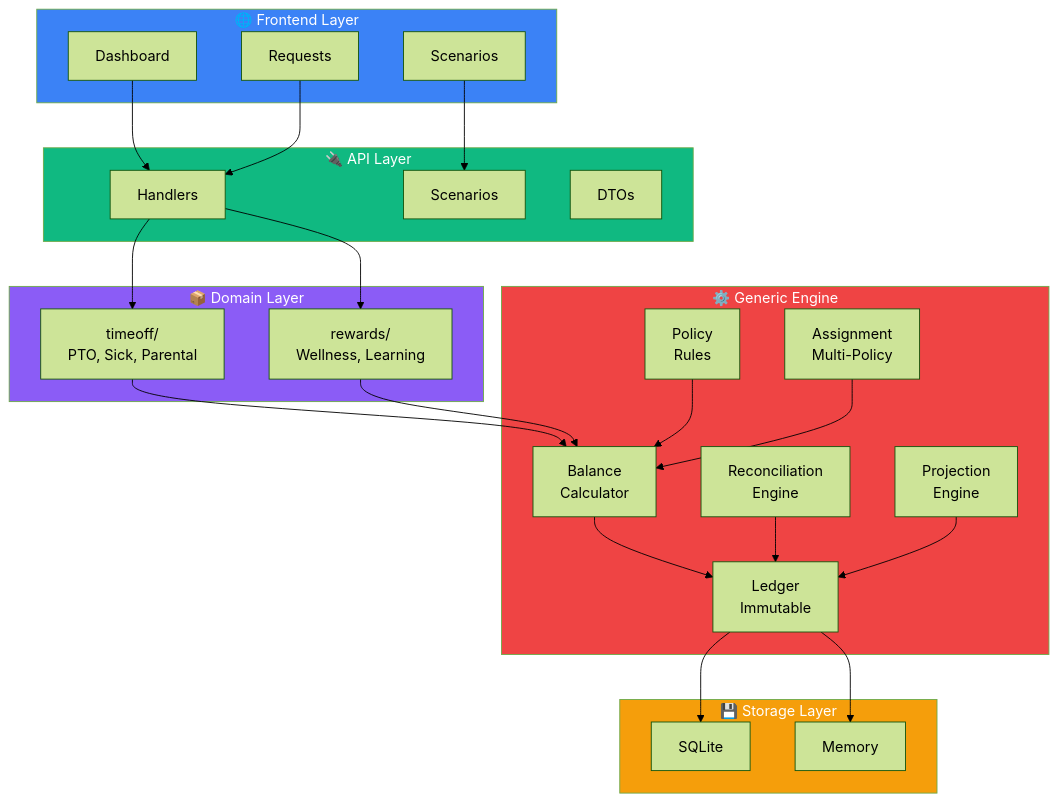
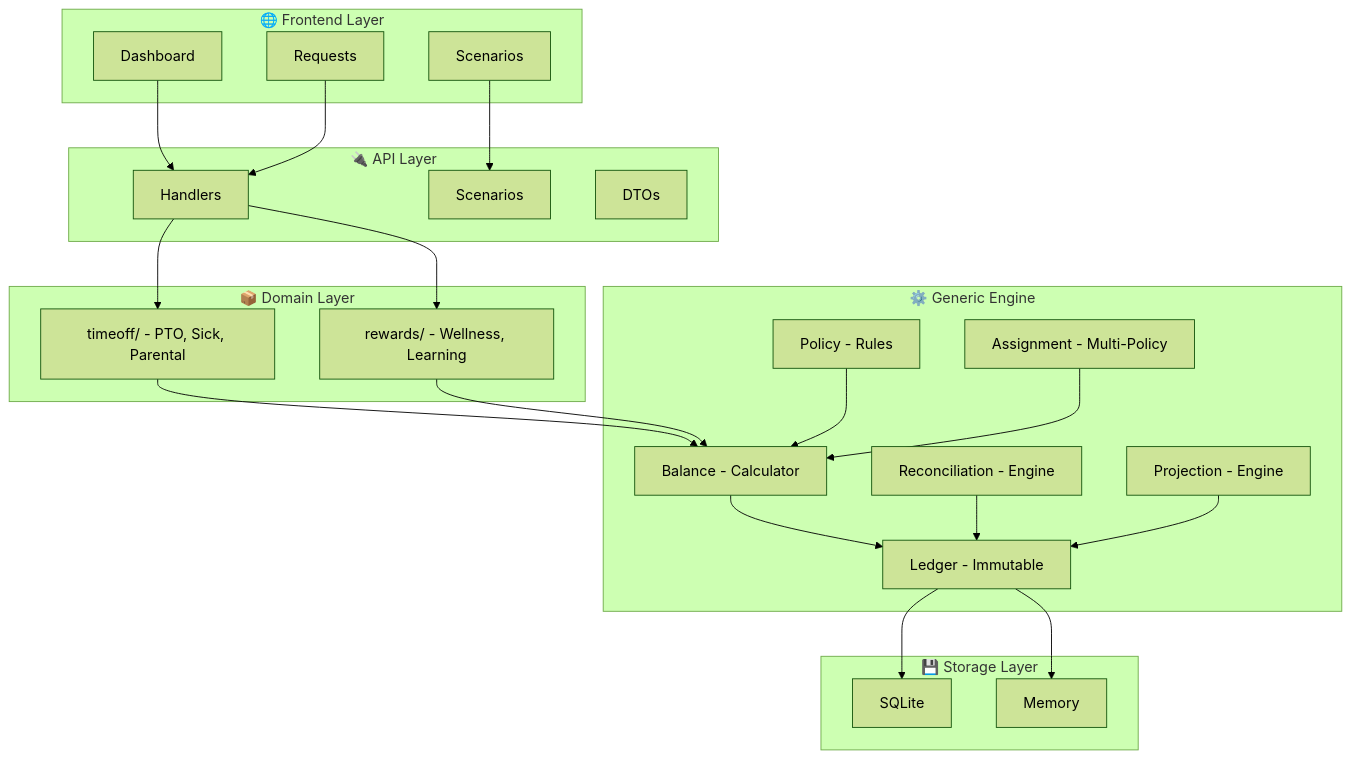
One commit to AntoineToussaint/timeoff changed the second of 22 diagrams in README.md. Above: the diagram before and after it, drawn with Mermaid (forest theme). The commit also changed other lines of this file, not shown here.

First line of the commit message:
Fix Mermaid diagrams for GitHub rendering

````diff
--- a/README.md
+++ b/README.md
@@ -122,59 +116,54 @@
 ```mermaid
 graph TB
     subgraph Frontend["🌐 Frontend Layer"]
         DASH[Dashboard]
         SCEN[Scenarios]
         REQ[Requests]
     end
     
     subgraph API["🔌 API Layer"]
         HAND[Handlers]
         SCENAPI[Scenarios]
         DTO[DTOs]
     end
     
     subgraph Domain["📦 Domain Layer"]
-        TO_DOM[timeoff/<br/>PTO, Sick, Parental]
-        RW_DOM[rewards/<br/>Wellness, Learning]
+        TO_DOM[timeoff/ - PTO, Sick, Parental]
+        RW_DOM[rewards/ - Wellness, Learning]
     end
     
     subgraph Engine["⚙️ Generic Engine"]
-        BAL_ENG[Balance<br/>Calculator]
-        REC_ENG[Reconciliation<br/>Engine]
-        LED_ENG[Ledger<br/>Immutable]
-        PROJ_ENG[Projection<br/>Engine]
-        POL_ENG[Policy<br/>Rules]
-        ASS_ENG[Assignment<br/>Multi-Policy]
+        BAL_ENG[Balance - Calculator]
+        REC_ENG[Reconciliation - Engine]
+        LED_ENG[Ledger - Immutable]
+        PROJ_ENG[Projection - Engine]
+        POL_ENG[Policy - Rules]
+        ASS_ENG[Assignment - Multi-Policy]
     end
     
     subgraph Storage["💾 Storage Layer"]
         SQLITE[SQLite]
         MEM_STORE[Memory]
     end
     
     DASH --> HAND
     SCEN --> SCENAPI
     REQ --> HAND
     
     HAND --> TO_DOM
     HAND --> RW_DOM
     
     TO_DOM --> BAL_ENG
     RW_DOM --> BAL_ENG
     
     BAL_ENG --> LED_ENG
     REC_ENG --> LED_ENG
     PROJ_ENG --> LED_ENG
     
     LED_ENG --> SQLITE
     LED_ENG --> MEM_STORE
     
     POL_ENG --> BAL_ENG
     ASS_ENG --> BAL_ENG
     
-    style Frontend fill:#3b82f6,color:#fff
-    style API fill:#10b981,color:#fff
-    style Domain fill:#8b5cf6,color:#fff
-    style Engine fill:#ef4444,color:#fff
-    style Storage fill:#f59e0b,color:#fff
 ```
````
